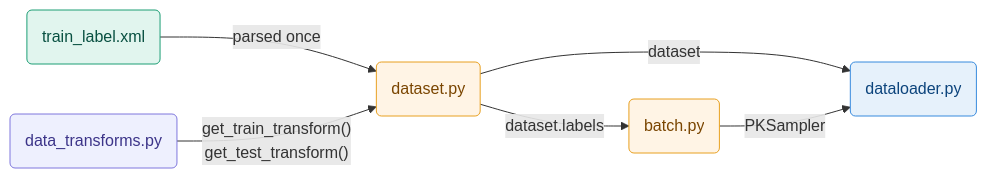
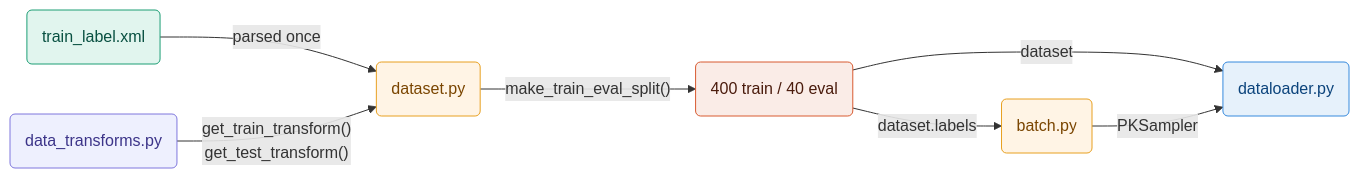
Before and after one commit to Volvert/INFO8010-DeepLearing: the diagram in DATAINIT.md, drawn with Mermaid. The commit also changed other lines of this file, not shown here.

````diff
--- a/DATAINIT.md
+++ b/DATAINIT.md
@@ -15,14 +15,16 @@
 ```mermaid
 flowchart LR
     XML("train_label.xml") -- "parsed once" --> D("dataset.py")
     T("data_transforms.py") -- "get_train_transform()\nget_test_transform()" --> D
-    D -- "dataset.labels" --> B("batch.py")
-    D -- "dataset" --> DL("dataloader.py")
+    D -- "make_train_eval_split()" --> S("400 train / 40 eval")
+    S -- "dataset.labels" --> B("batch.py")
+    S -- "dataset" --> DL("dataloader.py")
     B -- "PKSampler" --> DL
 
     style XML fill:#E1F5EE,stroke:#1D9E75,color:#085041
     style T fill:#EEF0FE,stroke:#7F77DD,color:#3C3489
     style D fill:#FFF4E5,stroke:#E8A020,color:#7A4500
+    style S fill:#FAECE7,stroke:#D85A30,color:#4A1B0C
     style B fill:#FFF4E5,stroke:#E8A020,color:#7A4500
     style DL fill:#E6F1FB,stroke:#378ADD,color:#0C447C
 ```
````
